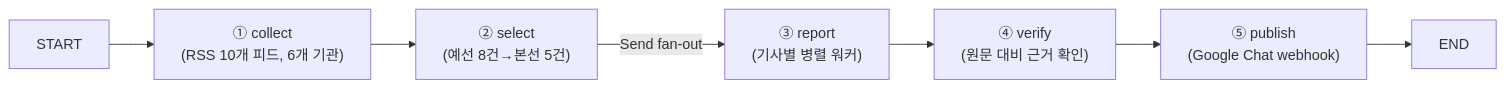
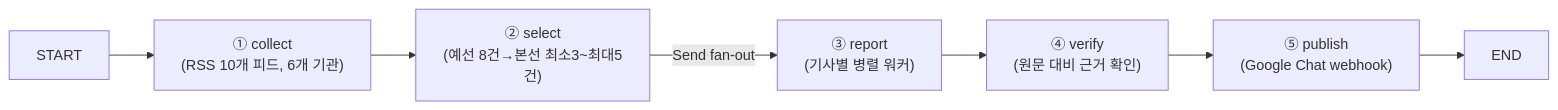
One commit to elfinnani-byte/my-newsletter changed the diagram in REPORT.md. Above: the diagram before and after it, drawn with Mermaid. The commit also changed other lines of this file and 3 other files, not shown here.

````diff
--- a/REPORT.md
+++ b/REPORT.md
@@ -52,9 +53,9 @@
 ```mermaid
 graph LR
   START --> collect["① collect\n(RSS 10개 피드, 6개 기관)"]
-  collect --> select["② select\n(예선 8건→본선 5건)"]
+  collect --> select["② select\n(예선 8건→본선 최소3~최대5건)"]
   select -->|Send fan-out| report["③ report\n(기사별 병렬 워커)"]
   report --> verify["④ verify\n(원문 대비 근거 확인)"]
   verify --> publish["⑤ publish\n(Google Chat webhook)"]
   publish --> END
 ```
````
